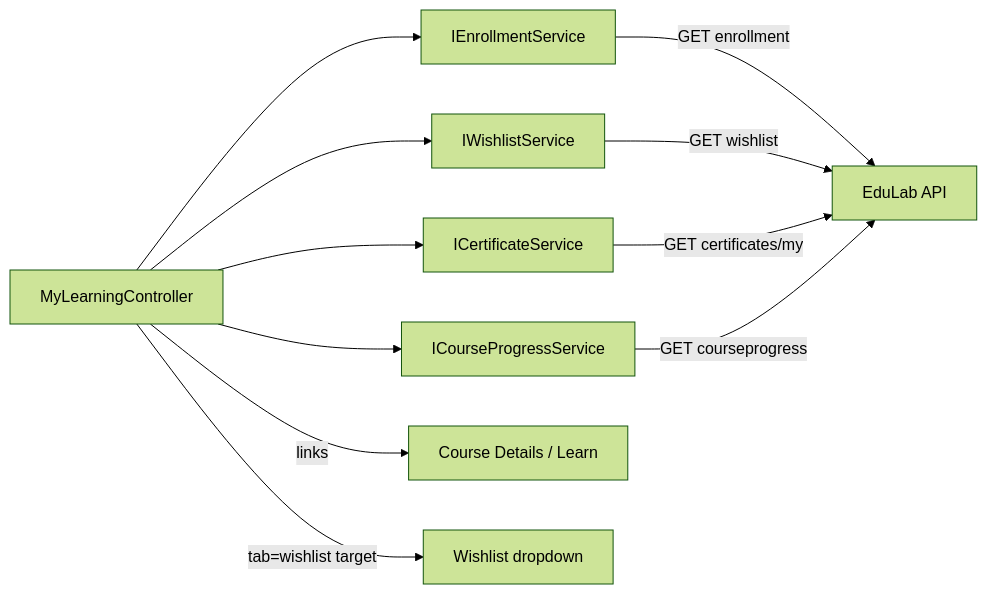
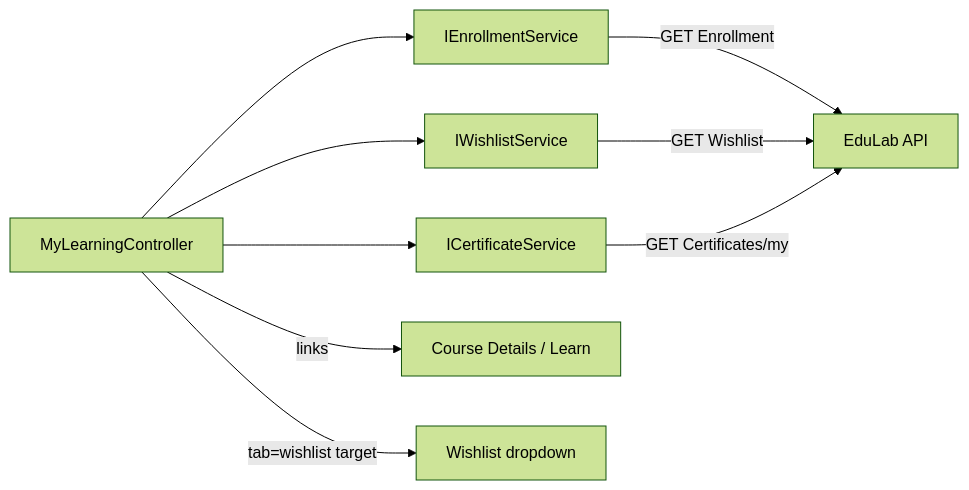
Before and after one commit to MohamedGasser15/Education-Lab: the third of 3 diagrams in Documentation/Modules/MVC/Learner/MyLearningController.md, drawn with Mermaid (forest theme). The commit also changed other lines of this file and 20 other files, not shown here.

Commit message:
docs(modules): update system architecture and module documentation

````diff
--- a/Documentation/Modules/MVC/Learner/MyLearningController.md
+++ b/Documentation/Modules/MVC/Learner/MyLearningController.md
@@ -201,9 +202,8 @@
 ```mermaid
 flowchart LR
-    M[MyLearningController] --> E[IEnrollmentService] -->|GET enrollment| API[EduLab API]
-    M --> W[IWishlistService] -->|GET wishlist| API
-    M --> C[ICertificateService] -->|GET certificates/my| API
-    M --> P[ICourseProgressService] -->|GET courseprogress| API
+    M[MyLearningController] --> E[IEnrollmentService] -->|GET Enrollment| API[EduLab API]
+    M --> W[IWishlistService] -->|GET Wishlist| API
+    M --> C[ICertificateService] -->|GET Certificates/my| API
     M -->|links| CO[Course Details / Learn]
     M -->|tab=wishlist target| WD[Wishlist dropdown]
 ```
````
